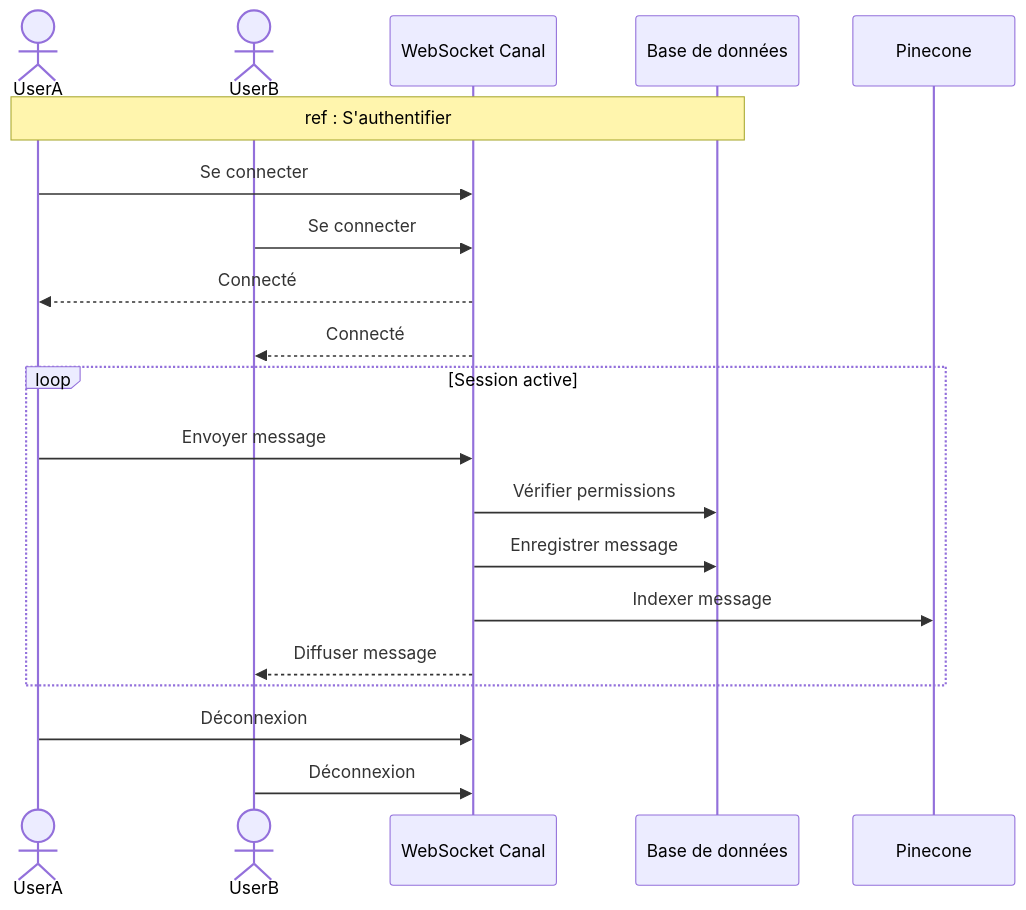
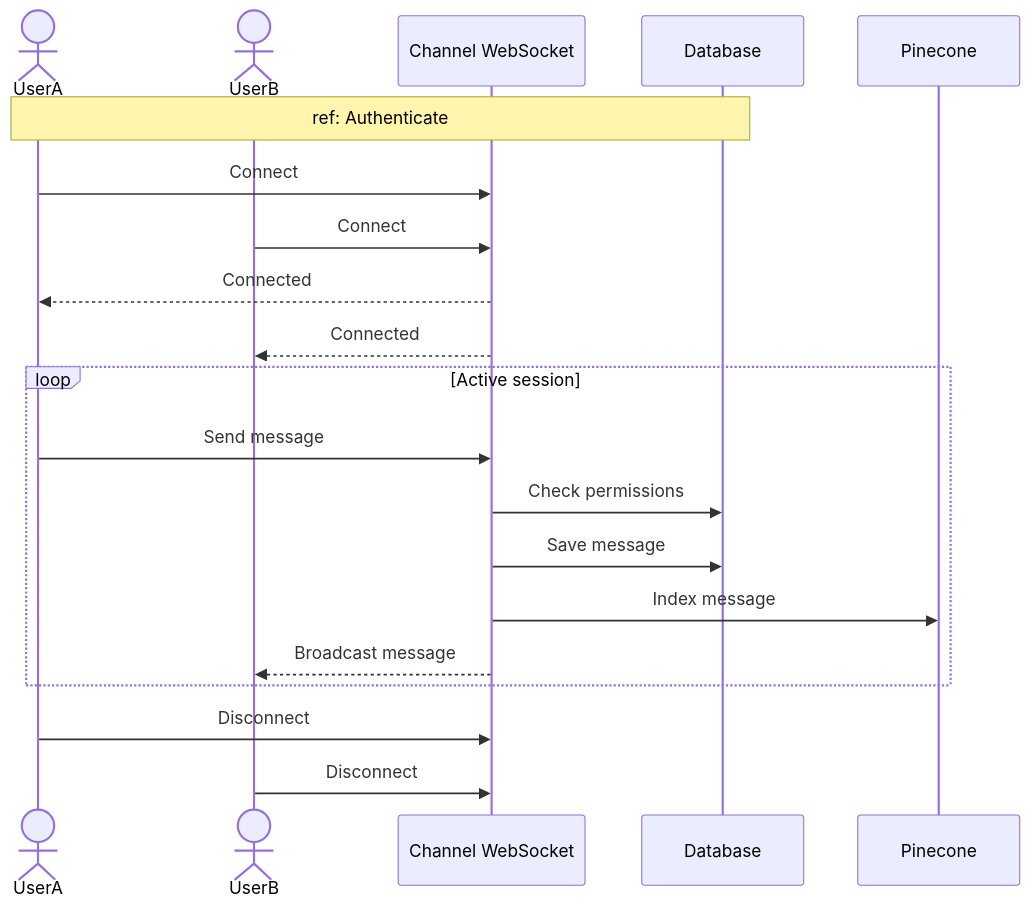
Before and after one commit to MohamedChebbi123/teamnest: the ninth of 16 diagrams in docs/SEQUENCE_DIAGRAMS.md, drawn with Mermaid. The commit also changed other lines of this file, not shown here.

````diff
--- a/docs/SEQUENCE_DIAGRAMS.md
+++ b/docs/SEQUENCE_DIAGRAMS.md
@@ -273,26 +276,26 @@
 ```mermaid
 sequenceDiagram
     actor UserA
     actor UserB
-    participant WS as WebSocket Canal
-    participant DB as Base de données
+    participant WS as Channel WebSocket
+    participant DB as Database
     participant Vec as Pinecone
 
-    Note over UserA,DB: ref : S'authentifier
+    Note over UserA,DB: ref: Authenticate
 
-    UserA->>WS: Se connecter
-    UserB->>WS: Se connecter
-    WS-->>UserA: Connecté
-    WS-->>UserB: Connecté
+    UserA->>WS: Connect
+    UserB->>WS: Connect
+    WS-->>UserA: Connected
+    WS-->>UserB: Connected
 
-    loop Session active
-        UserA->>WS: Envoyer message
-        WS->>DB: Vérifier permissions
-        WS->>DB: Enregistrer message
-        WS->>Vec: Indexer message
-        WS-->>UserB: Diffuser message
+    loop Active session
+        UserA->>WS: Send message
+        WS->>DB: Check permissions
+        WS->>DB: Save message
+        WS->>Vec: Index message
+        WS-->>UserB: Broadcast message
     end
 
-    UserA->>WS: Déconnexion
-    UserB->>WS: Déconnexion
+    UserA->>WS: Disconnect
+    UserB->>WS: Disconnect
 ```
````
